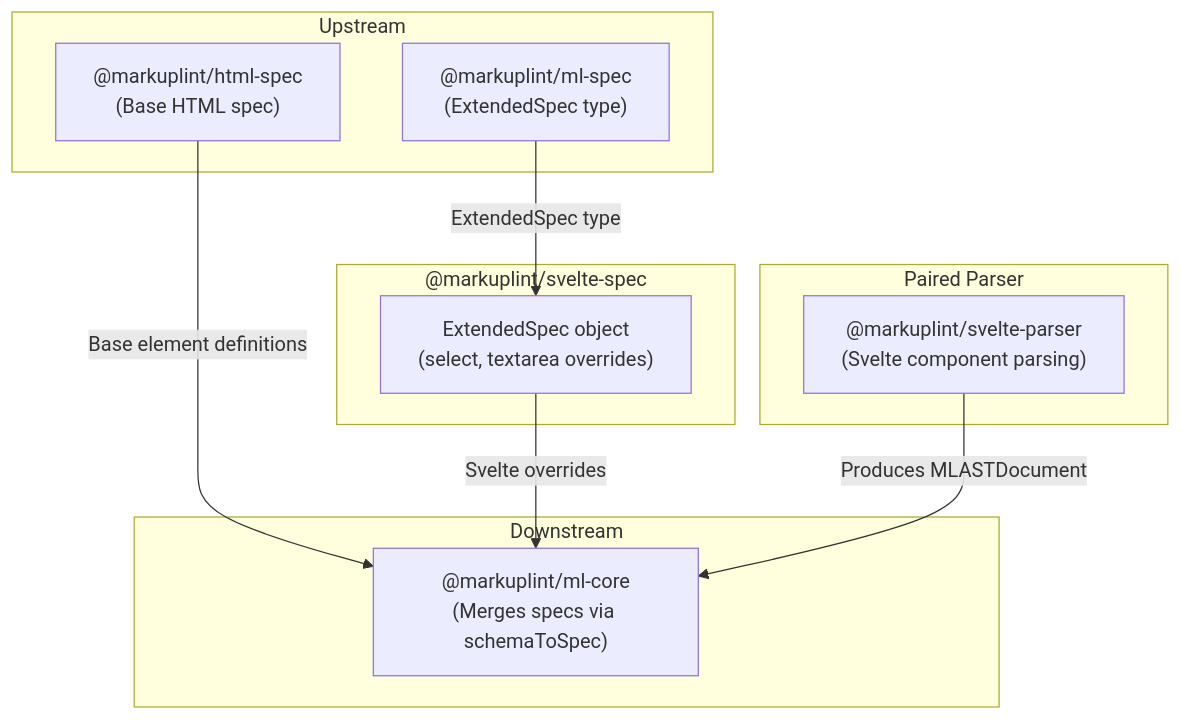
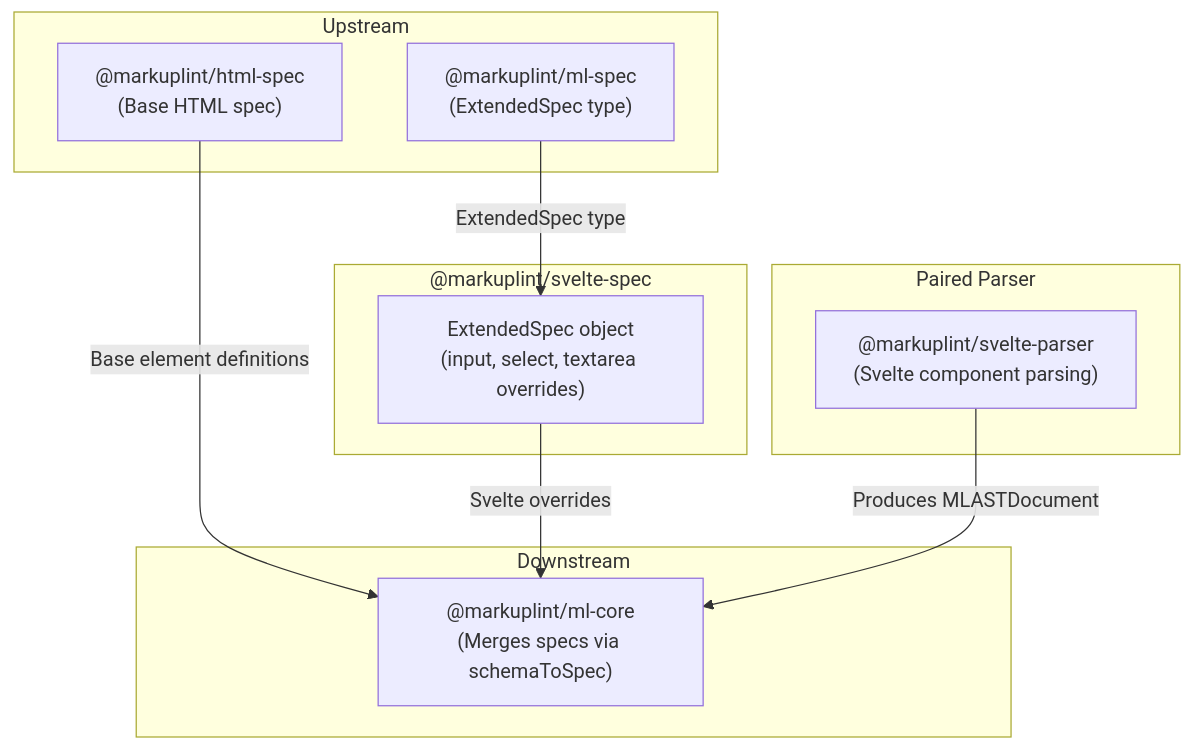
The diagram in packages/@markuplint/svelte-spec/ARCHITECTURE.md (markuplint/markuplint), drawn with Mermaid before and after one commit. The commit also changed other lines of this file and 1 other file, not shown here.

First line of the commit message:
docs(svelte-spec): update architecture docs to reflect IDL property attributes

````diff
--- a/packages/@markuplint/svelte-spec/ARCHITECTURE.md
+++ b/packages/@markuplint/svelte-spec/ARCHITECTURE.md
@@ -35,24 +40,24 @@
 ```mermaid
 flowchart TD
     subgraph upstream ["Upstream"]
         htmlSpec["@markuplint/html-spec\n(Base HTML spec)"]
         mlSpec["@markuplint/ml-spec\n(ExtendedSpec type)"]
     end
 
     subgraph pkg ["@markuplint/svelte-spec"]
-        spec["ExtendedSpec object\n(select, textarea overrides)"]
+        spec["ExtendedSpec object\n(input, select, textarea overrides)"]
     end
 
     subgraph downstream ["Downstream"]
         mlCore["@markuplint/ml-core\n(Merges specs via schemaToSpec)"]
     end
 
     subgraph paired ["Paired Parser"]
         svelteParser["@markuplint/svelte-parser\n(Svelte component parsing)"]
     end
 
     mlSpec -->|"ExtendedSpec type"| spec
     htmlSpec -->|"Base element definitions"| mlCore
     spec -->|"Svelte overrides"| mlCore
     svelteParser -->|"Produces MLASTDocument"| mlCore
 ```
````
